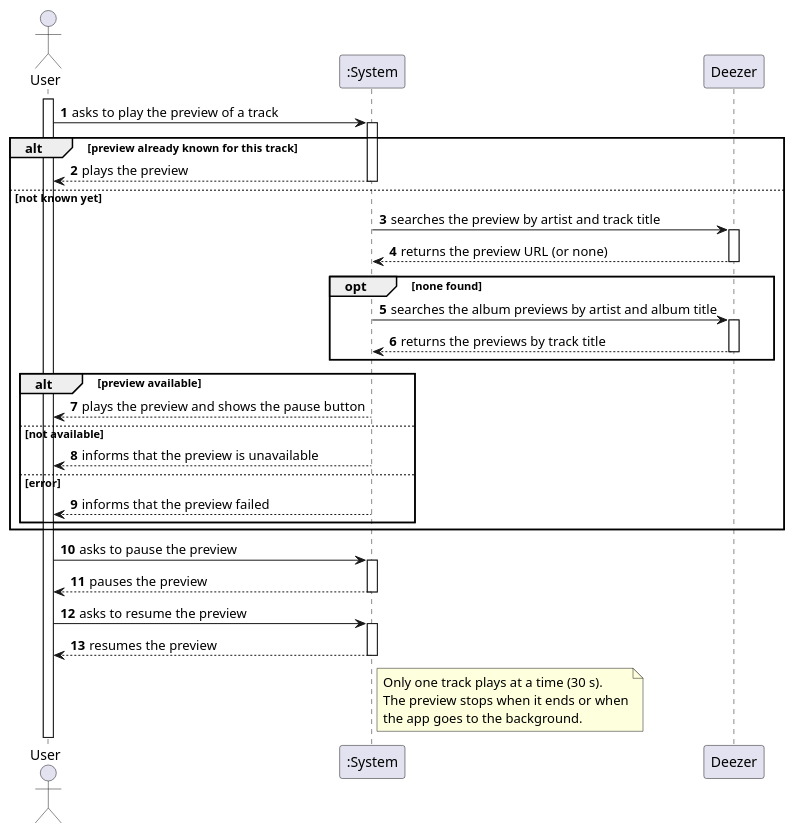
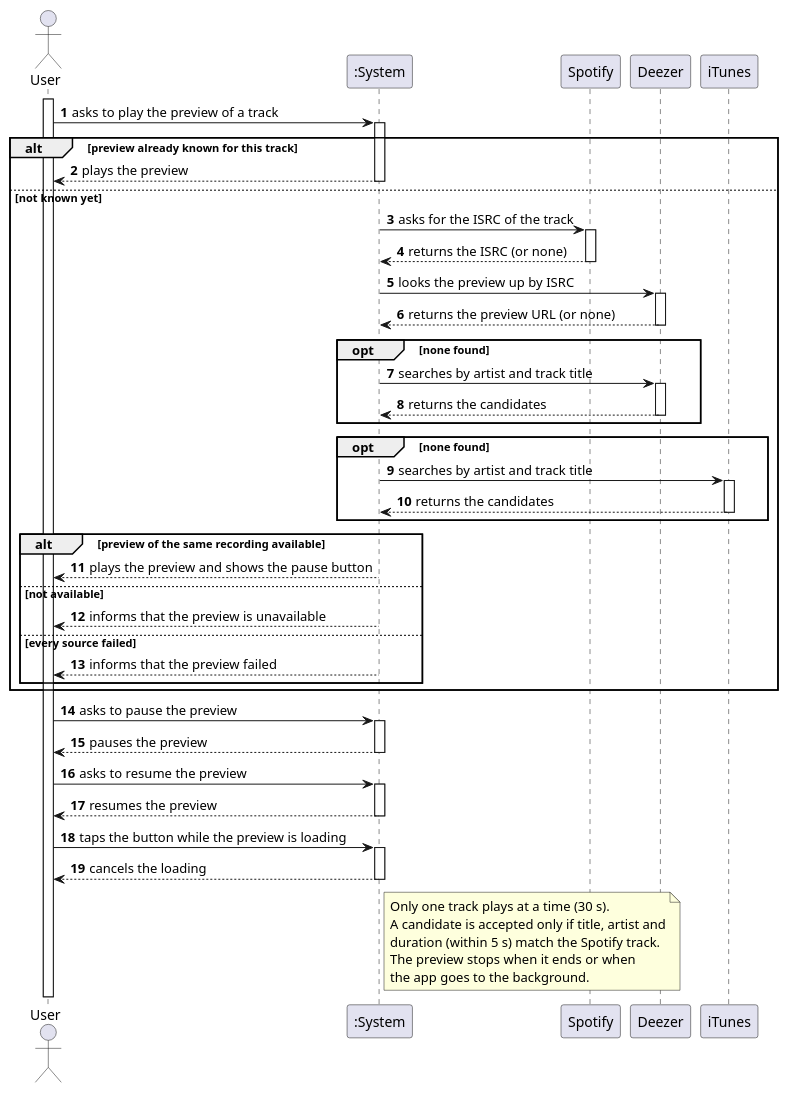
The diagram in docs/uml/ssd_04_preview_track.puml (nunoc-isep/DSSMV_ProjectDroid_1251610_1241122), drawn with PlantUML before and after one commit. The commit also changed 67 other files, not shown here.

Commit message:
Adição de novos diagramas e atualização dos antigos.

```diff
--- a/docs/uml/ssd_04_preview_track.puml
+++ b/docs/uml/ssd_04_preview_track.puml
@@ -1,42 +1,52 @@
 @startuml
 autoactivate on
 autonumber
 
 actor "User" as User
 participant ":System" as System
+participant "Spotify" as Spotify
 participant "Deezer" as Deezer
+participant "iTunes" as iTunes
 
 activate User
 
 User -> System: asks to play the preview of a track
 alt preview already known for this track
   System --> User: plays the preview
 else not known yet
-  System -> Deezer: searches the preview by artist and track title
+  System -> Spotify: asks for the ISRC of the track
+  Spotify --> System: returns the ISRC (or none)
+  System -> Deezer: looks the preview up by ISRC
   Deezer --> System: returns the preview URL (or none)
   opt none found
-    System -> Deezer: searches the album previews by artist and album title
-    Deezer --> System: returns the previews by track title
+    System -> Deezer: searches by artist and track title
+    Deezer --> System: returns the candidates
   end
-  alt preview available
+  opt none found
+    System -> iTunes: searches by artist and track title
+    iTunes --> System: returns the candidates
+  end
+  alt preview of the same recording available
     System --> User: plays the preview and shows the pause button
   else not available
     System --> User: informs that the preview is unavailable
-  else error
+  else every source failed
     System --> User: informs that the preview failed
   end
 end
 
 User -> System: asks to pause the preview
 System --> User: pauses the preview
-
 User -> System: asks to resume the preview
 System --> User: resumes the preview
+User -> System: taps the button while the preview is loading
+System --> User: cancels the loading
 
 note right of System
   Only one track plays at a time (30 s).
+  A candidate is accepted only if title, artist and
+  duration (within 5 s) match the Spotify track.
   The preview stops when it ends or when
   the app goes to the background.
 end note
-
 @enduml
```
